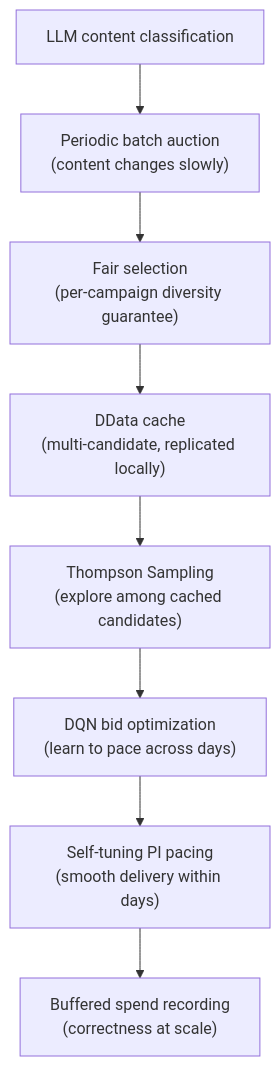
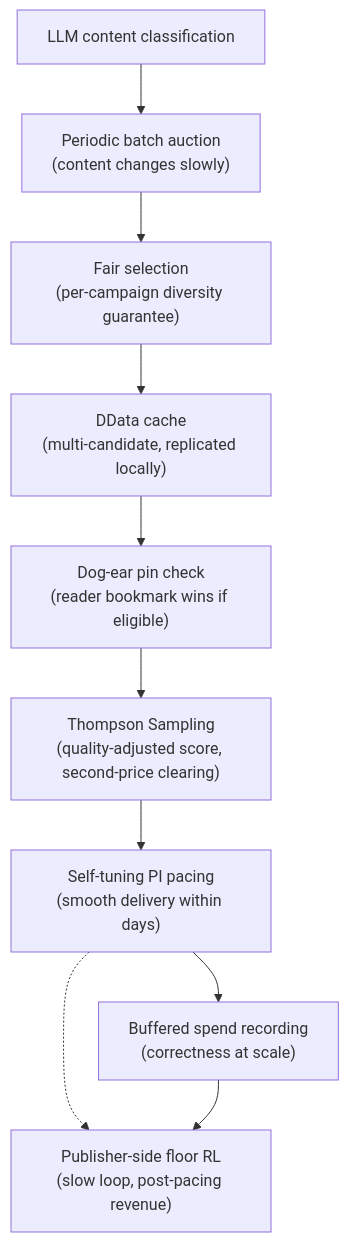
The diagram in src/comparison/innovations.md (promovolve/promovolve-book), drawn with Mermaid before and after one commit. The commit also changed other lines of this file and 31 other files, not shown here.

````diff
--- a/src/comparison/innovations.md
+++ b/src/comparison/innovations.md
@@ -69,10 +101,12 @@
 ```mermaid
 graph TD
     LLM["LLM content classification"] --> Auction["Periodic batch auction<br/>(content changes slowly)"]
     Auction --> Fair["Fair selection<br/>(per-campaign diversity guarantee)"]
     Fair --> DData["DData cache<br/>(multi-candidate, replicated locally)"]
-    DData --> TS["Thompson Sampling<br/>(explore among cached candidates)"]
-    TS --> DQN["DQN bid optimization<br/>(learn to pace across days)"]
-    DQN --> PI["Self-tuning PI pacing<br/>(smooth delivery within days)"]
+    DData --> Pin["Dog-ear pin check<br/>(reader bookmark wins if eligible)"]
+    Pin --> TS["Thompson Sampling<br/>(quality-adjusted score, second-price clearing)"]
+    TS --> PI["Self-tuning PI pacing<br/>(smooth delivery within days)"]
     PI --> Spend["Buffered spend recording<br/>(correctness at scale)"]
+    PI -.-> FloorRL["Publisher-side floor RL<br/>(slow loop, post-pacing revenue)"]
+    Spend --> FloorRL
 ```
````
